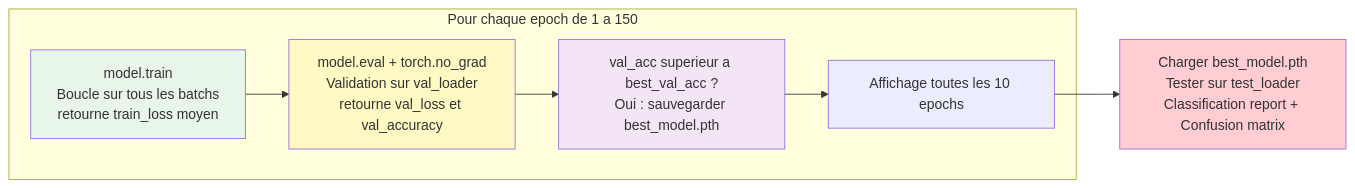
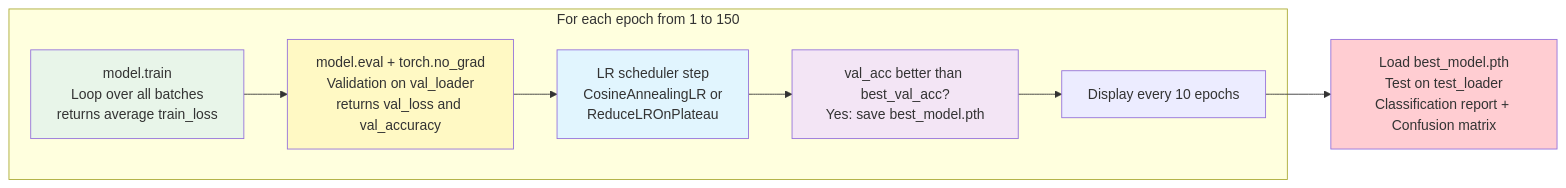
Before and after one commit to juju27fun/SMI_CNN_limitations: the third of 3 diagrams in architecture_et_entrainement.md, drawn with Mermaid. The commit also changed other lines of this file and 49 other files, not shown here.

Commit message:
premiers test successfull sur le dataset reel

````diff
--- a/architecture_et_entrainement.md
+++ b/architecture_et_entrainement.md
@@ -122,20 +122,22 @@
 ```mermaid
 graph LR
-    subgraph EPOCH["Pour chaque epoch de 1 a 150"]
-        TRAIN["model.train<br/>Boucle sur tous les batchs<br/>retourne train_loss moyen"]
-        EVAL_STEP["model.eval + torch.no_grad<br/>Validation sur val_loader<br/>retourne val_loss et val_accuracy"]
-        CHECK["val_acc superieur a best_val_acc ?<br/>Oui : sauvegarder best_model.pth"]
-        LOG["Affichage toutes les 10 epochs"]
+    subgraph EPOCH["For each epoch from 1 to 150"]
+        TRAIN["model.train<br/>Loop over all batches<br/>returns average train_loss"]
+        EVAL_STEP["model.eval + torch.no_grad<br/>Validation on val_loader<br/>returns val_loss and val_accuracy"]
+        SCHED["LR scheduler step<br/>CosineAnnealingLR or<br/>ReduceLROnPlateau"]
+        CHECK["val_acc better than best_val_acc?<br/>Yes: save best_model.pth"]
+        LOG["Display every 10 epochs"]
     end
 
-    TRAIN --> EVAL_STEP --> CHECK --> LOG
+    TRAIN --> EVAL_STEP --> SCHED --> CHECK --> LOG
 
-    FINAL["Charger best_model.pth<br/>Tester sur test_loader<br/>Classification report + Confusion matrix"]
+    FINAL["Load best_model.pth<br/>Test on test_loader<br/>Classification report + Confusion matrix"]
 
     LOG --> FINAL
 
     style TRAIN fill:#e8f5e9
     style EVAL_STEP fill:#fff9c4
+    style SCHED fill:#e1f5fe
     style CHECK fill:#f3e5f5
     style FINAL fill:#ffcdd2
 ```
````
